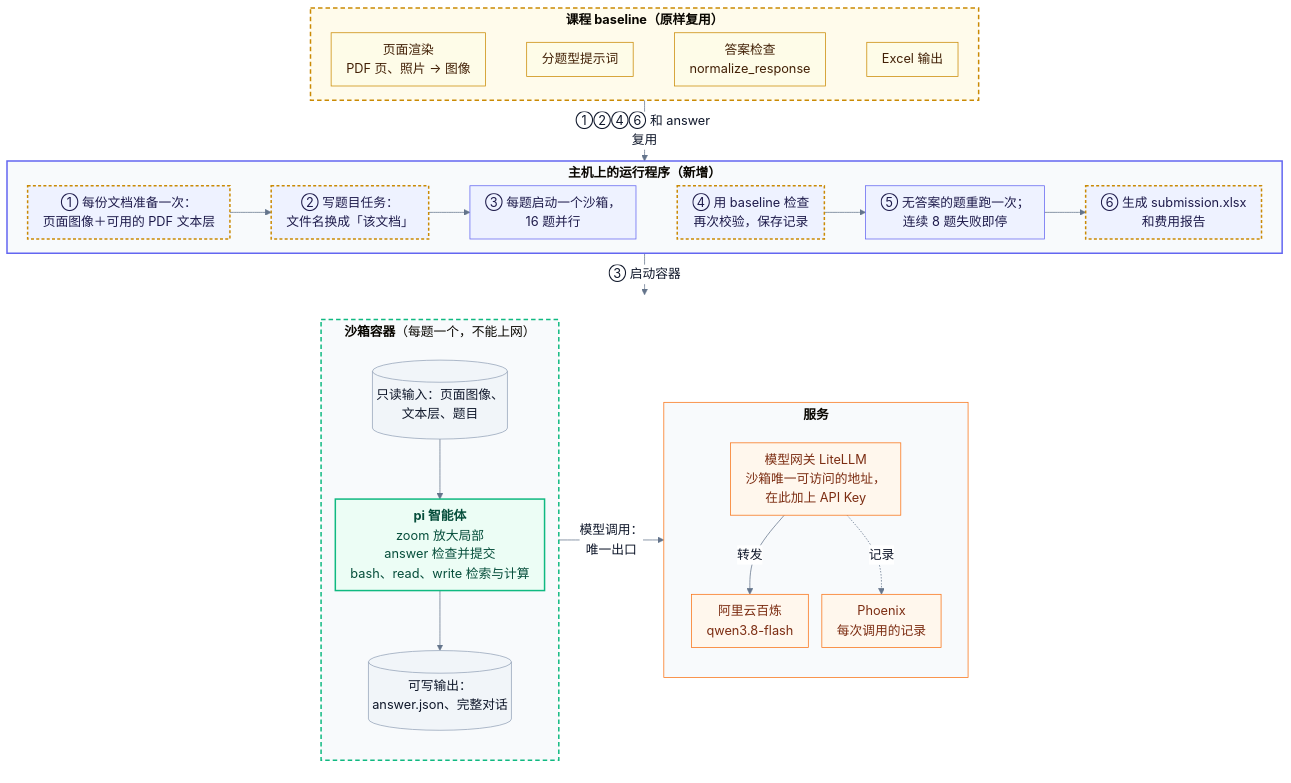
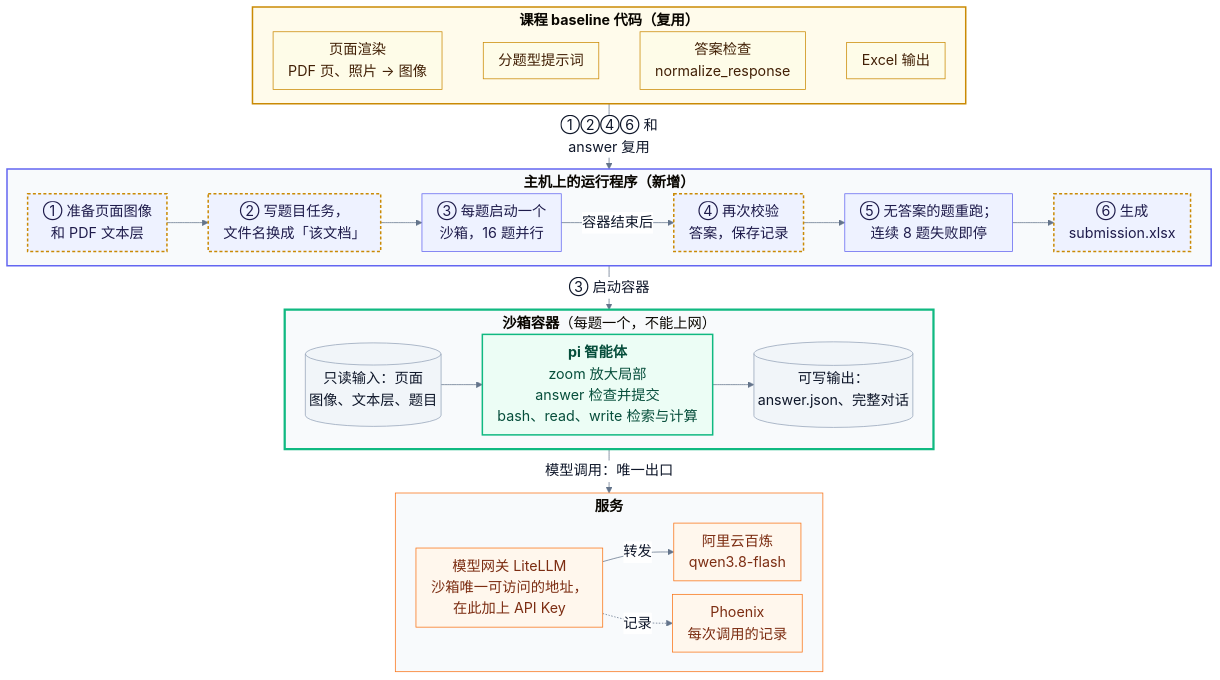
One commit to eric15342335/AIFep-FDU.github.io changed the diagram in docs/diagrams/zh-architecture.mmd. Above: the diagram before and after it, drawn with Mermaid. The commit also changed 7 other files, not shown here.

First line of the commit message:
Report: review fixes, smaller state chart, text-layer word boxes

```diff
--- a/docs/diagrams/zh-architecture.mmd
+++ b/docs/diagrams/zh-architecture.mmd
@@ -1,50 +1,44 @@
-%%{init: {"theme": "base", "themeVariables": {"fontSize": "17px", "lineColor": "#64748b", "primaryTextColor": "#0f172a", "edgeLabelBackground": "#ffffff"}, "flowchart": {"nodeSpacing": 18, "rankSpacing": 30, "padding": 10, "wrappingWidth": 300, "subGraphTitleMargin": {"top": 4, "bottom": 10}}}}%%
+%%{init: {"theme": "base", "themeVariables": {"fontSize": "19px", "lineColor": "#64748b", "primaryTextColor": "#0f172a", "edgeLabelBackground": "#ffffff"}, "flowchart": {"nodeSpacing": 18, "rankSpacing": 30, "padding": 10, "wrappingWidth": 300, "subGraphTitleMargin": {"top": 4, "bottom": 10}}}}%%
 %% Compact Chinese version of architecture.mmd for the course report (docs/report/report.md).
 flowchart TB
-    subgraph BASE["<b>课程 baseline（原样复用）</b>"]
+    subgraph BASE["<b>课程 baseline 代码（复用）</b>"]
         direction LR
         render["页面渲染<br/>PDF 页、照片 → 图像"] ~~~ prompts["分题型提示词"] ~~~ checker["答案检查<br/>normalize_response"] ~~~ writer["Excel 输出"]
     end
 
     subgraph HOST["<b>主机上的运行程序（新增）</b>"]
         direction LR
-        prep["① 每份文档准备一次：<br/>页面图像＋可用的 PDF 文本层"] --> task["② 写题目任务：<br/>文件名换成「该文档」"] --> start["③ 每题启动一个沙箱，<br/>16 题并行"]
-        check["④ 用 baseline 检查<br/>再次校验，保存记录"] --> retry["⑤ 无答案的题重跑一次；<br/>连续 8 题失败即停"] --> out["⑥ 生成 submission.xlsx<br/>和费用报告"]
-        start ~~~ check
+        prep["① 准备页面图像<br/>和 PDF 文本层"] --> task["② 写题目任务，<br/>文件名换成「该文档」"] --> start["③ 每题启动一个<br/>沙箱，16 题并行"] -- "容器结束后" --> check["④ 再次校验<br/>答案，保存记录"] --> retry["⑤ 无答案的题重跑；<br/>连续 8 题失败即停"] --> out["⑥ 生成<br/>submission.xlsx"]
     end
 
-    subgraph LOW[" "]
-    direction LR
     subgraph BOX["<b>沙箱容器</b>（每题一个，不能上网）"]
-        direction TB
-        input[("只读输入：页面图像、<br/>文本层、题目")] --> agent["<b>pi 智能体</b><br/>zoom 放大局部<br/>answer 检查并提交<br/>bash、read、write 检索与计算"] --> output[("可写输出：<br/>answer.json、完整对话")]
+        direction LR
+        input[("只读输入：页面<br/>图像、文本层、题目")] --> agent["<b>pi 智能体</b><br/>zoom 放大局部<br/>answer 检查并提交<br/>bash、read、write 检索与计算"] --> output[("可写输出：<br/>answer.json、完整对话")]
     end
 
     subgraph SVC["<b>服务</b>"]
-        direction TB
+        direction LR
         gw["模型网关 LiteLLM<br/>沙箱唯一可访问的地址，<br/>在此加上 API Key"] -- "转发" --> model["阿里云百炼<br/>qwen3.8-flash"]
         gw -. "记录" .-> trace["Phoenix<br/>每次调用的记录"]
     end
-    BOX -- "模型调用：<br/>唯一出口" --> SVC
-    end
 
-    BASE -- "①②④⑥ 和 answer 复用" --> HOST
-    HOST -- "③ 启动容器" --> LOW
+    BASE -- "①②④⑥ 和<br/>answer 复用" --> HOST
+    HOST -- "③ 启动容器" --> BOX
+    BOX -- "模型调用：唯一出口" --> SVC
 
     classDef base fill:#fefce8,stroke:#ca8a04,color:#422006
     classDef host fill:#eef2ff,stroke:#6366f1,color:#1e1b4b
     classDef usesBase fill:#eef2ff,stroke:#ca8a04,color:#1e1b4b,stroke-width:2px,stroke-dasharray:4 3
     classDef box fill:#ecfdf5,stroke:#10b981,color:#064e3b,stroke-width:2px
     classDef folder fill:#f1f5f9,stroke:#94a3b8,color:#0f172a
     classDef ext fill:#fff7ed,stroke:#f97316,color:#7c2d12
     class render,prompts,checker,writer base
     class start,retry host
     class prep,task,check,out usesBase
     class agent box
     class input,output folder
     class gw,model,trace ext
-    style BASE fill:#fffbeb,stroke:#ca8a04,stroke-width:2px,stroke-dasharray:6 4
+    style BASE fill:#fffbeb,stroke:#ca8a04,stroke-width:2px
     style HOST fill:#f8fafc,stroke:#6366f1,stroke-width:2px
-    style BOX fill:#f8fafc,stroke:#10b981,stroke-width:2px,stroke-dasharray:6 4
+    style BOX fill:#f8fafc,stroke:#10b981,stroke-width:3px
     style SVC fill:#f8fafc,stroke:#f97316
-    style LOW fill:none,stroke:none
```
